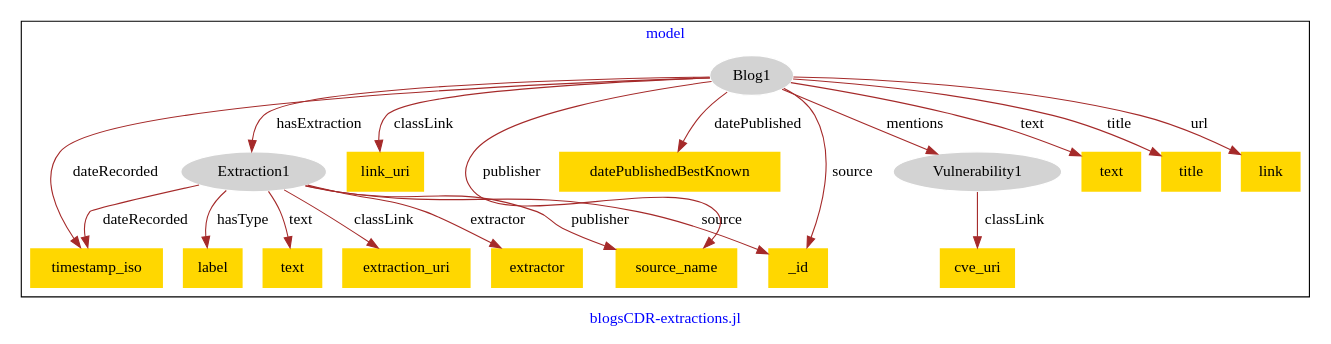
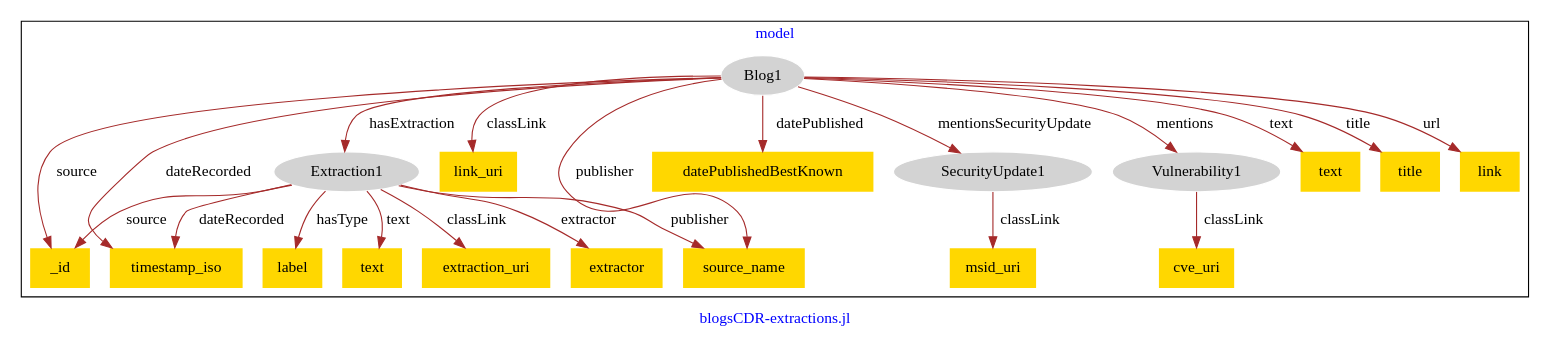
Before and after one commit to usc-isi-i2/effect-alignment: the diagram in models/hg-blogs/blogs-model.dot, drawn with Graphviz.

Commit message:
Update file blogs-model.dot

```diff
--- a/models/hg-blogs/blogs-model.dot
+++ b/models/hg-blogs/blogs-model.dot
@@ -1,42 +1,46 @@
 digraph n0 {
 fontcolor="blue"
 remincross="true"
 label="blogsCDR-extractions.jl"
 subgraph cluster {
 label="model"
 n2[style="filled",color="white",fillcolor="lightgray",label="Extraction1"];
 n3[shape="plaintext",style="filled",fillcolor="gold",label="extraction_uri"];
 n4[shape="plaintext",style="filled",fillcolor="gold",label="extractor"];
 n5[shape="plaintext",style="filled",fillcolor="gold",label="label"];
 n6[shape="plaintext",style="filled",fillcolor="gold",label="text"];
-n7[style="filled",color="white",fillcolor="lightgray",label="Vulnerability1"];
-n8[shape="plaintext",style="filled",fillcolor="gold",label="cve_uri"];
-n9[style="filled",color="white",fillcolor="lightgray",label="Blog1"];
-n10[shape="plaintext",style="filled",fillcolor="gold",label="link_uri"];
-n11[shape="plaintext",style="filled",fillcolor="gold",label="timestamp_iso"];
-n12[shape="plaintext",style="filled",fillcolor="gold",label="datePublishedBestKnown"];
-n13[shape="plaintext",style="filled",fillcolor="gold",label="source_name"];
-n14[shape="plaintext",style="filled",fillcolor="gold",label="_id"];
-n15[shape="plaintext",style="filled",fillcolor="gold",label="text"];
-n16[shape="plaintext",style="filled",fillcolor="gold",label="title"];
-n17[shape="plaintext",style="filled",fillcolor="gold",label="link"];
+n7[style="filled",color="white",fillcolor="lightgray",label="SecurityUpdate1"];
+n8[shape="plaintext",style="filled",fillcolor="gold",label="msid_uri"];
+n9[style="filled",color="white",fillcolor="lightgray",label="Vulnerability1"];
+n10[shape="plaintext",style="filled",fillcolor="gold",label="cve_uri"];
+n11[style="filled",color="white",fillcolor="lightgray",label="Blog1"];
+n12[shape="plaintext",style="filled",fillcolor="gold",label="link_uri"];
+n13[shape="plaintext",style="filled",fillcolor="gold",label="timestamp_iso"];
+n14[shape="plaintext",style="filled",fillcolor="gold",label="datePublishedBestKnown"];
+n15[shape="plaintext",style="filled",fillcolor="gold",label="source_name"];
+n16[shape="plaintext",style="filled",fillcolor="gold",label="_id"];
+n17[shape="plaintext",style="filled",fillcolor="gold",label="text"];
+n18[shape="plaintext",style="filled",fillcolor="gold",label="title"];
+n19[shape="plaintext",style="filled",fillcolor="gold",label="link"];
 }
 n2 -> n3[color="brown",fontcolor="black",label="classLink"]
 n2 -> n4[color="brown",fontcolor="black",label="extractor"]
 n2 -> n5[color="brown",fontcolor="black",label="hasType"]
 n2 -> n6[color="brown",fontcolor="black",label="text"]
 n7 -> n8[color="brown",fontcolor="black",label="classLink"]
 n9 -> n10[color="brown",fontcolor="black",label="classLink"]
-n9 -> n11[color="brown",fontcolor="black",label="dateRecorded"]
-n9 -> n2[color="brown",fontcolor="black",label="hasExtraction"]
-n9 -> n12[color="brown",fontcolor="black",label="datePublished"]
-n9 -> n7[color="brown",fontcolor="black",label="mentions"]
-n9 -> n13[color="brown",fontcolor="black",label="publisher"]
-n9 -> n14[color="brown",fontcolor="black",label="source"]
-n9 -> n15[color="brown",fontcolor="black",label="text"]
-n9 -> n16[color="brown",fontcolor="black",label="title"]
-n9 -> n17[color="brown",fontcolor="black",label="url"]
-n2 -> n14[color="brown",fontcolor="black",label="source"]
-n2 -> n13[color="brown",fontcolor="black",label="publisher"]
-n2 -> n11[color="brown",fontcolor="black",label="dateRecorded"]
+n11 -> n12[color="brown",fontcolor="black",label="classLink"]
+n11 -> n13[color="brown",fontcolor="black",label="dateRecorded"]
+n11 -> n2[color="brown",fontcolor="black",label="hasExtraction"]
+n11 -> n7[color="brown",fontcolor="black",label="mentionsSecurityUpdate"]
+n11 -> n14[color="brown",fontcolor="black",label="datePublished"]
+n11 -> n9[color="brown",fontcolor="black",label="mentions"]
+n11 -> n15[color="brown",fontcolor="black",label="publisher"]
+n11 -> n16[color="brown",fontcolor="black",label="source"]
+n11 -> n17[color="brown",fontcolor="black",label="text"]
+n11 -> n18[color="brown",fontcolor="black",label="title"]
+n11 -> n19[color="brown",fontcolor="black",label="url"]
+n2 -> n15[color="brown",fontcolor="black",label="publisher"]
+n2 -> n13[color="brown",fontcolor="black",label="dateRecorded"]
+n2 -> n16[color="brown",fontcolor="black",label="source"]
 }
```
